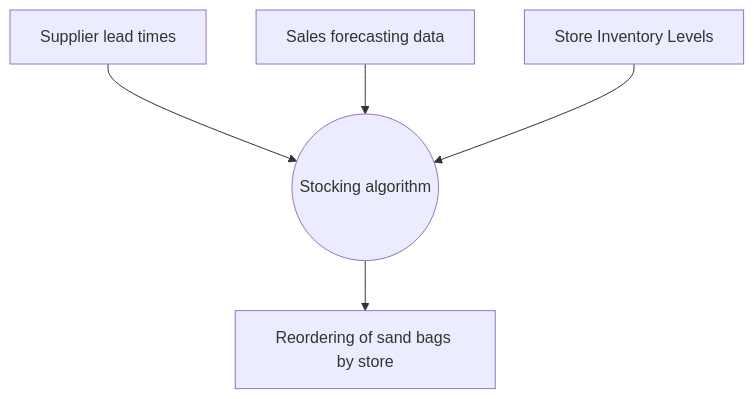
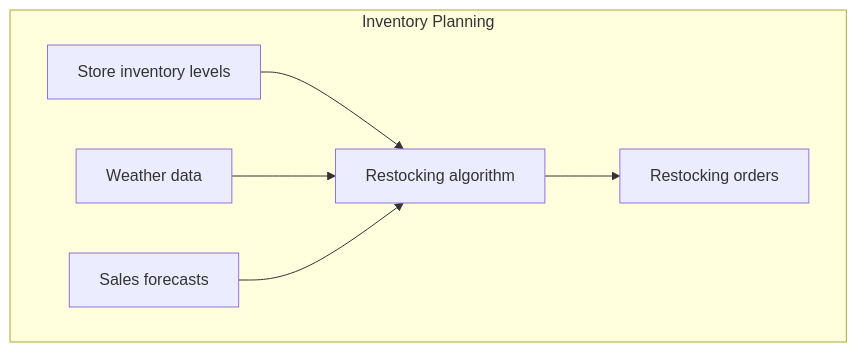
The first of 3 diagrams in research/CDC_for_weather_changes.org (dilipwarrier/public), drawn with Mermaid before and after one commit. The commit also changed other lines of this file and 8 other files, not shown here.

```diff
--- a/research/CDC_for_weather_changes.org
+++ b/research/CDC_for_weather_changes.org
@@ -18,7 +19,10 @@
-#+BEGIN_SRC mermaid :file stocking_algorithm.png
-graph TD
-    A[Supplier lead times] --> B((Stocking algorithm))
-    C[Sales forecasting data] --> B
-    D[Store Inventory Levels] --> B
-    B --> E[Reordering of sand bags by store]
+#+BEGIN_SRC mermaid :file stocking_algorithm.png :exports results
+graph LR
+    subgraph Planning_Process [Inventory Planning]
+    direction LR
+    A[Store inventory levels] --> B[Restocking algorithm]
+    D[Weather data] --> B
+    C[Sales forecasts] --> B
+    B --> E[Restocking orders]
+    end
 #+END_SRC
```
